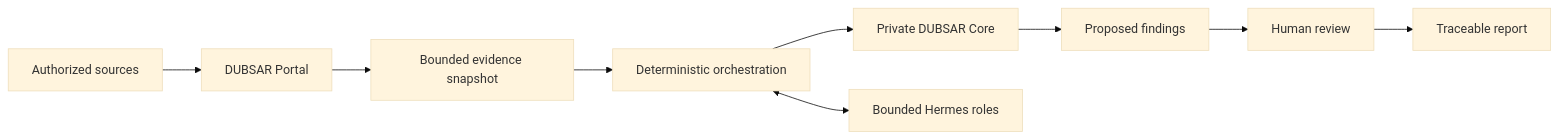
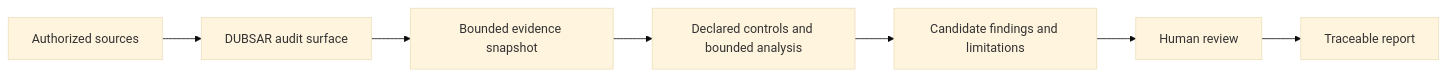
One commit to kotnisofiane-bit/DUBSAR changed the diagram in ARCHITECTURE.md. Above: the diagram before and after it, drawn with Mermaid (base theme). The commit also changed other lines of this file and 91 other files, not shown here.

````diff
--- a/ARCHITECTURE.md
+++ b/ARCHITECTURE.md
@@ -21,11 +18,9 @@
 ```mermaid
 flowchart LR
-    S["Authorized sources"] --> P["DUBSAR Portal"]
+    S["Authorized sources"] --> P["DUBSAR audit surface"]
     P --> E["Bounded evidence snapshot"]
-    E --> O["Deterministic orchestration"]
-    O --> C["Private DUBSAR Core"]
-    O <--> H["Bounded Hermes roles"]
-    C --> R["Proposed findings"]
-    R --> G["Human review"]
-    G --> T["Traceable report"]
+    E --> C["Declared controls and bounded analysis"]
+    C --> F["Candidate findings and limitations"]
+    F --> H["Human review"]
+    H --> R["Traceable report"]
 ```
````
